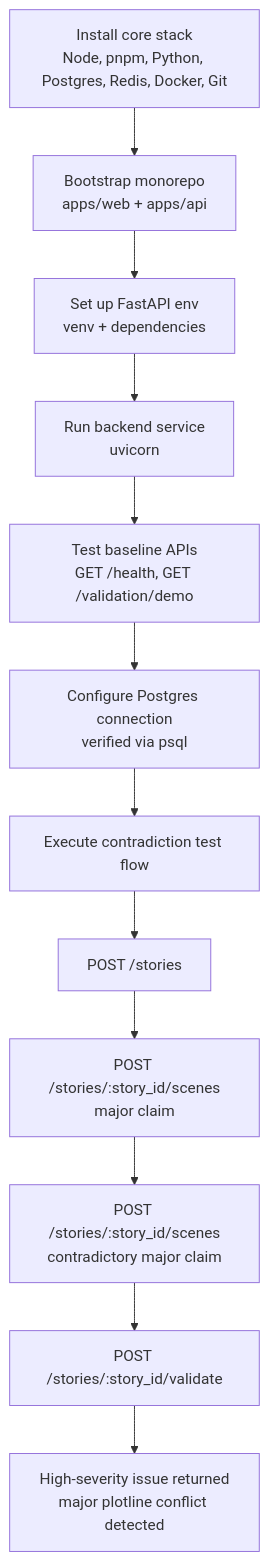
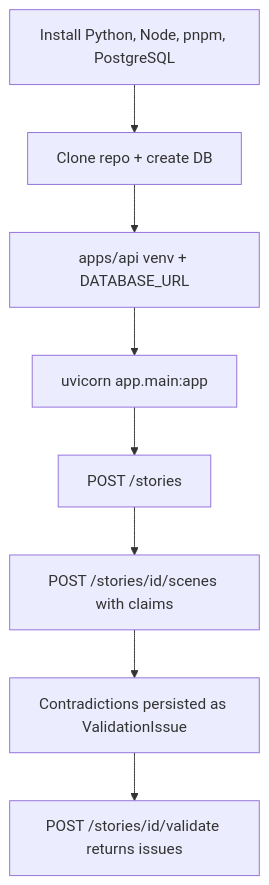
Before and after one commit to niharika06oct/inferStories: the diagram in README.md, drawn with Mermaid. The commit also changed other lines of this file, not shown here.

Commit message:
docs: align README with current FastAPI MVP and Postgres workflow

````diff
--- a/README.md
+++ b/README.md
@@ -38,14 +131,10 @@
 ```mermaid
 flowchart TD
-    A[Install core stack<br/>Node, pnpm, Python, Postgres, Redis, Docker, Git] --> B[Bootstrap monorepo<br/>apps/web + apps/api]
-    B --> C[Set up FastAPI env<br/>venv + dependencies]
-    C --> D[Run backend service<br/>uvicorn]
-    D --> E[Test baseline APIs<br/>GET /health, GET /validation/demo]
-    E --> F[Configure Postgres connection<br/>verified via psql]
-    F --> G[Execute contradiction test flow]
-    G --> H[POST /stories]
-    H --> I[POST /stories/:story_id/scenes<br/>major claim]
-    I --> J[POST /stories/:story_id/scenes<br/>contradictory major claim]
-    J --> K[POST /stories/:story_id/validate]
-    K --> L[High-severity issue returned<br/>major plotline conflict detected]
+    A[Install Python, Node, pnpm, PostgreSQL] --> B[Clone repo + create DB]
+    B --> C[apps/api venv + DATABASE_URL]
+    C --> D[uvicorn app.main:app]
+    D --> E[POST /stories]
+    E --> F[POST /stories/id/scenes with claims]
+    F --> G[Contradictions persisted as ValidationIssue]
+    G --> H[POST /stories/id/validate returns issues]
 ```
````
